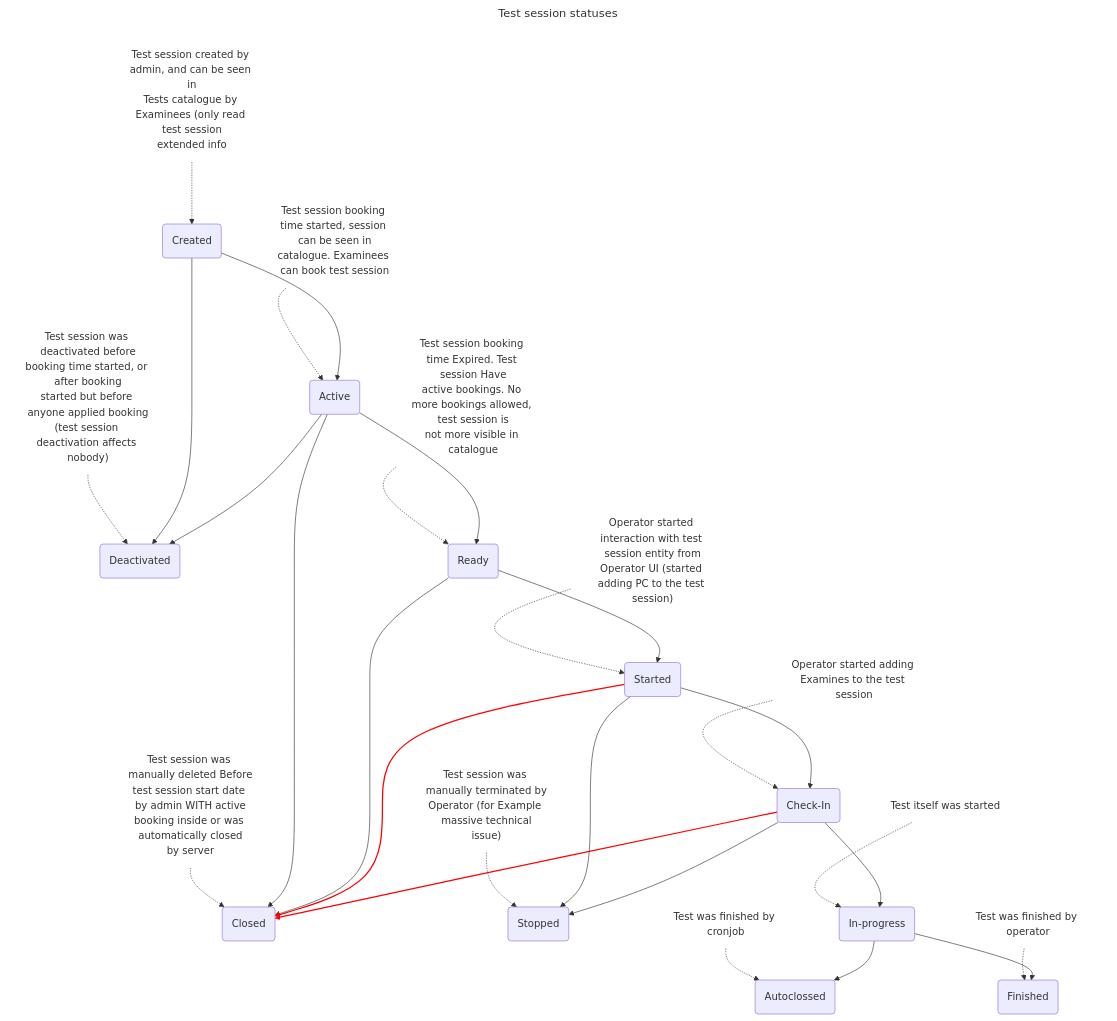
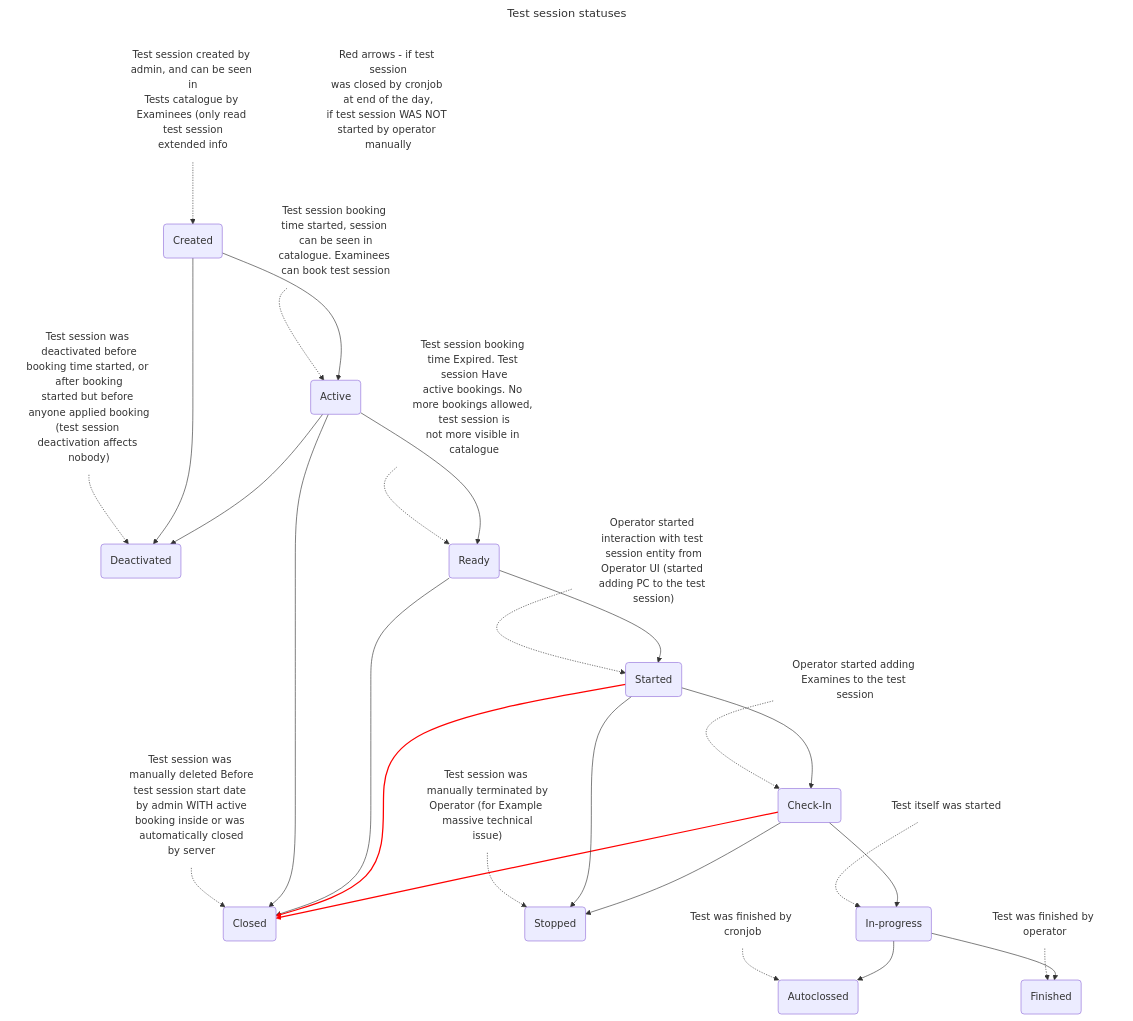
Before and after one commit to PavelBui/AtlasVault: the second of 3 diagrams in README.md, drawn with Mermaid.

Commit message:
Updated Mermaid

````diff
--- a/README.md
+++ b/README.md
@@ -65,35 +65,36 @@
 ```mermaid
 ---
 title: Test session statuses
 ---
 graph TD
   TC["Test session created by admin, and can be seen in<br>Tests catalogue by Examinees (only read test session<br>extended info"]:::noBorder-.->C(Created)
   TD["Test session was deactivated before<br>booking time started, or after booking<br>started but before anyone applied booking<br>(test session deactivation affects nobody)"]:::noBorder-.->D(Deactivated)
   TA["Test session booking time started, session can be seen in<br>catalogue. Examinees can book test session"]:::noBorder-.->A(Active)
   TCL["Test session was manually deleted Before<br>test session start date by admin WITH active<br>booking inside or was automatically closed<br>by server"]:::noBorder-.->CL(Closed)
   TR["Test session booking time Expired. Test session Have<br>active bookings. No more bookings allowed, test session is<br>not more visible in catalogue"]:::noBorder-.->R(Ready)
   TS["Operator started interaction with test session entity from<br>Operator UI (started adding PC to the test session)"]:::noBorder-.->S(Started)
   TCI["Operator started adding Examines to the test session"]:::noBorder-.->CI(Check-In)
   TST["Test session was manually terminated by<br>Operator (for Example massive technical<br>issue)"]:::noBorder-.->ST(Stopped)
   TIP["Test itself was started"]:::noBorder-.->IP(In-progress)
   TAC["Test was finished by cronjob"]:::noBorder-.->AC(Autoclossed)
   TF["Test was finished by operator"]:::noBorder-.->F(Finished)
   C-->D;
   C-->A;
   A-->D;
   A-->CL;
   A-->R;
   R-->CL;
   R-->S;
   S-->CL;
   S-->CI;
   CI-->CL;
   S-->ST;
   CI-->ST;
   CI-->IP;
   IP-->AC;
   IP-->F;
+  RA["Red arrows - if test session<br>was closed by cronjob at end of the day,<br>if test session WAS NOT started by operator manually"]:::noBorder
   linkStyle 18 stroke:#ff0000, stroke-width:2px;
   linkStyle 20 stroke:#ff0000, stroke-width:2px;
   classDef noBorder stroke-width:0,fill:transparent;
 ```
````
